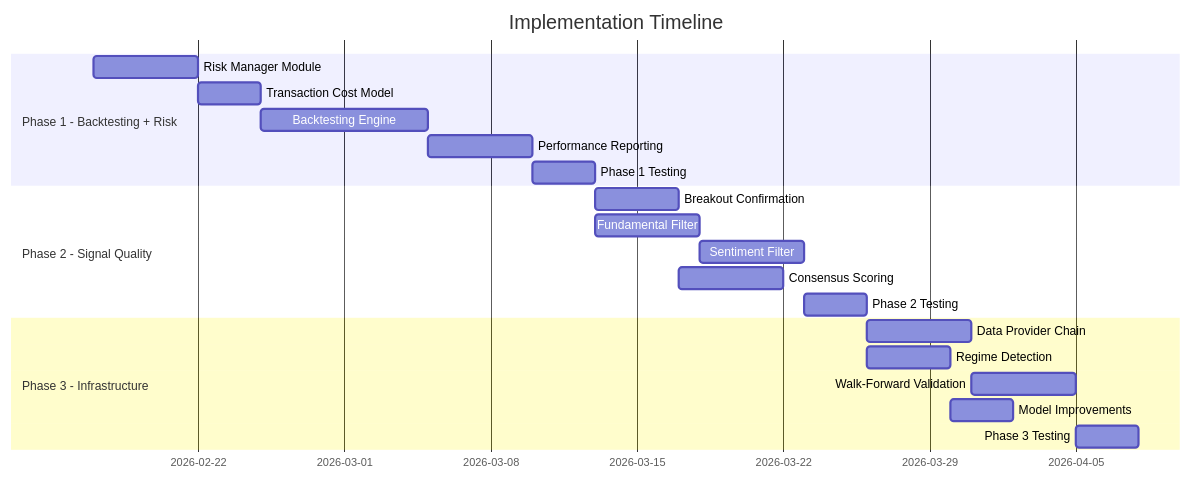
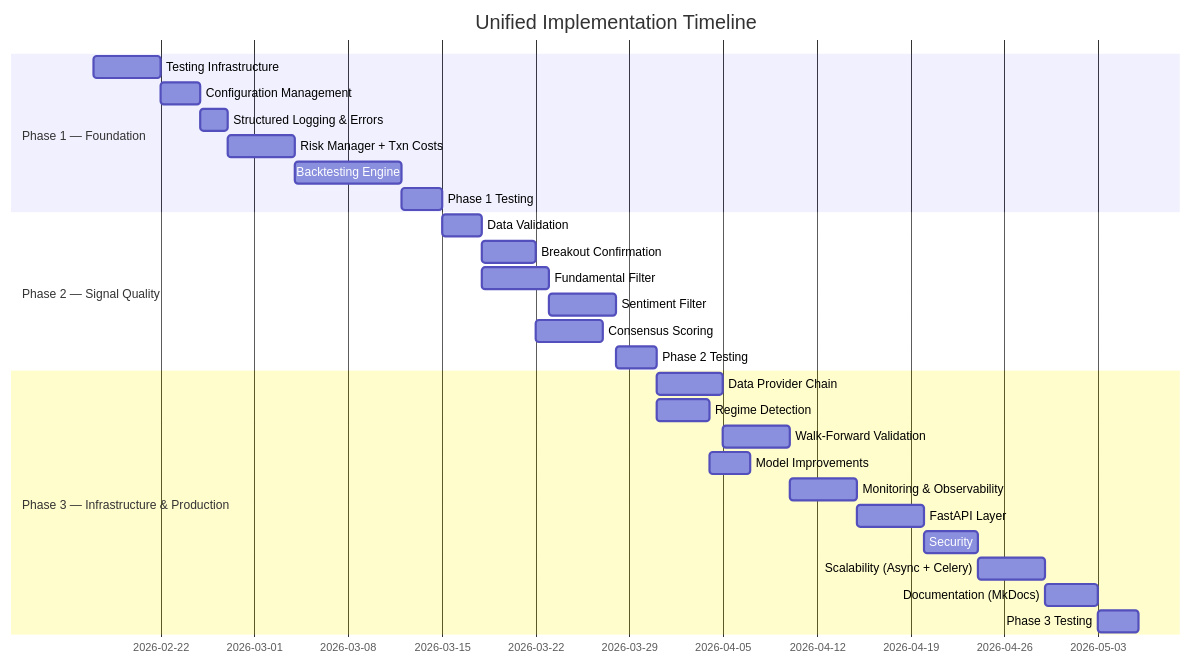
The second of 2 diagrams in docs/implementation_roadmap.md (Ajith-82/project_alpha), drawn with Mermaid before and after one commit. The commit also changed other lines of this file, not shown here.

First line of the commit message:
docs: unify implementation roadmap with production readiness gaps

````diff
--- a/docs/implementation_roadmap.md
+++ b/docs/implementation_roadmap.md
@@ -674,26 +1047,33 @@
 ```mermaid
 gantt
-    title Implementation Timeline
+    title Unified Implementation Timeline
     dateFormat YYYY-MM-DD
-    
-    section Phase 1 - Backtesting + Risk
-    Risk Manager Module           :p1a, 2026-02-17, 5d
-    Transaction Cost Model        :p1b, after p1a, 3d
-    Backtesting Engine            :p1c, after p1b, 8d
-    Performance Reporting         :p1d, after p1c, 5d
-    Phase 1 Testing               :p1t, after p1d, 3d
-    
-    section Phase 2 - Signal Quality
-    Breakout Confirmation         :p2a, after p1t, 4d
-    Fundamental Filter            :p2b, after p1t, 5d
-    Sentiment Filter              :p2c, after p2b, 5d
-    Consensus Scoring             :p2d, after p2a, 5d
-    Phase 2 Testing               :p2t, after p2c, 3d
-    
-    section Phase 3 - Infrastructure
-    Data Provider Chain           :p3a, after p2t, 5d
-    Regime Detection              :p3b, after p2t, 4d
-    Walk-Forward Validation       :p3c, after p3a, 5d
-    Model Improvements            :p3d, after p3b, 3d
-    Phase 3 Testing               :p3t, after p3c, 3d
+
+    section Phase 1 — Foundation
+    Testing Infrastructure          :p1a, 2026-02-17, 5d
+    Configuration Management        :p1b, after p1a, 3d
+    Structured Logging & Errors     :p1c, after p1b, 2d
+    Risk Manager + Txn Costs        :p1d, after p1c, 5d
+    Backtesting Engine              :p1e, after p1d, 8d
+    Phase 1 Testing                 :p1t, after p1e, 3d
+
+    section Phase 2 — Signal Quality
+    Data Validation                 :p2a, after p1t, 3d
+    Breakout Confirmation           :p2b, after p2a, 4d
+    Fundamental Filter              :p2c, after p2a, 5d
+    Sentiment Filter                :p2d, after p2c, 5d
+    Consensus Scoring               :p2e, after p2b, 5d
+    Phase 2 Testing                 :p2t, after p2d, 3d
+
+    section Phase 3 — Infrastructure & Production
+    Data Provider Chain             :p3a, after p2t, 5d
+    Regime Detection                :p3b, after p2t, 4d
+    Walk-Forward Validation         :p3c, after p3a, 5d
+    Model Improvements              :p3d, after p3b, 3d
+    Monitoring & Observability      :p3e, after p3c, 5d
+    FastAPI Layer                   :p3f, after p3e, 5d
+    Security                        :p3g, after p3f, 4d
+    Scalability (Async + Celery)    :p3h, after p3g, 5d
+    Documentation (MkDocs)          :p3i, after p3h, 4d
+    Phase 3 Testing                 :p3t, after p3i, 3d
 ```
````
